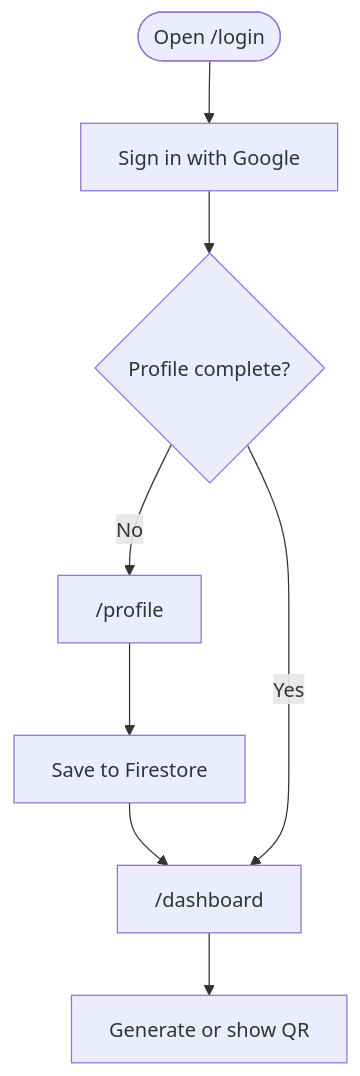
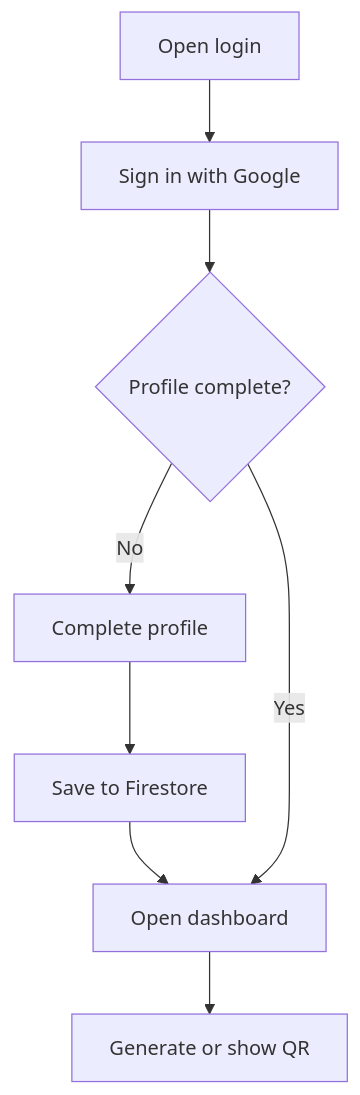
One commit to kevinjanbarluado/qr-app-firebase changed the second of 4 diagrams in README.md. Above: the diagram before and after it, drawn with Mermaid. The commit also changed other lines of this file, not shown here.

Commit message:
fix: make README mermaid diagrams render on GitHub

````diff
--- a/README.md
+++ b/README.md
@@ -24,10 +24,10 @@
 ```mermaid
 flowchart TD
-  Start(["Open /login"]) --> Google[Sign in with Google]
-  Google --> Check{Profile complete?}
-  Check -->|No| Profile["/profile"]
-  Profile --> Save[Save to Firestore]
-  Save --> Dash["/dashboard"]
-  Check -->|Yes| Dash
-  Dash --> QR[Generate or show QR]
+  A[Open login] --> B[Sign in with Google]
+  B --> C{Profile complete?}
+  C -->|No| D[Complete profile]
+  D --> E[Save to Firestore]
+  E --> F[Open dashboard]
+  C -->|Yes| F
+  F --> G[Generate or show QR]
 ```
````
